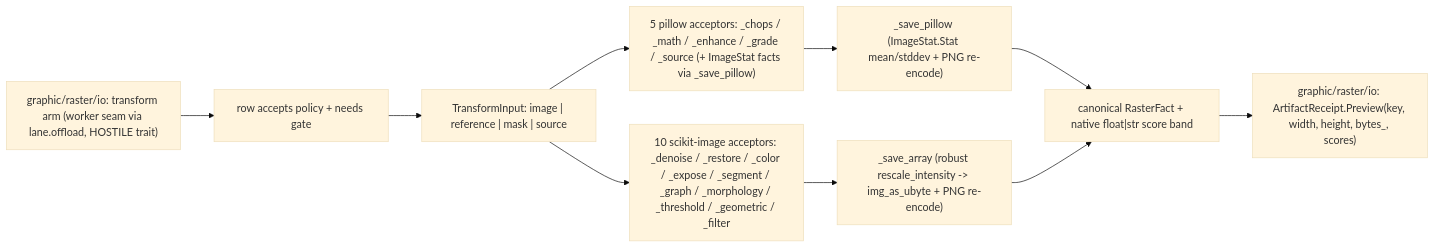
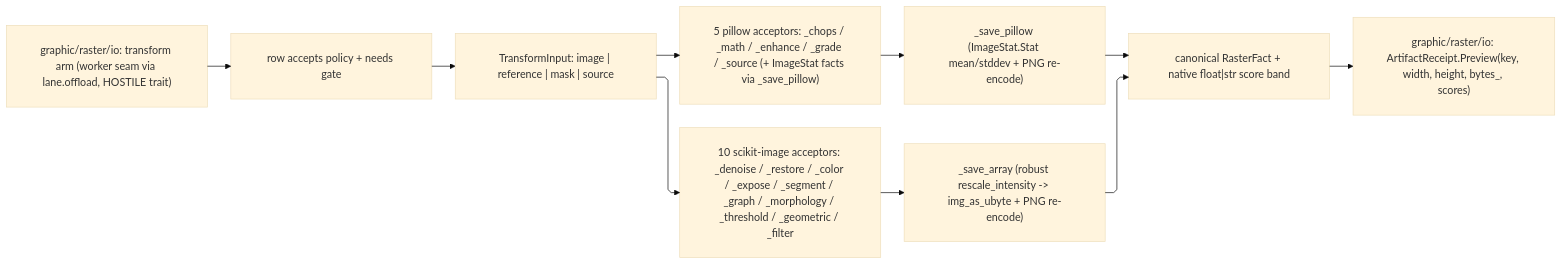
Before and after one commit to bsamiee/Rasm: the diagram in libs/python/artifacts/.planning/graphic/raster/process.md, drawn with Mermaid (base theme). The commit also changed other lines of this file and 27 other files, not shown here.

````diff
--- a/libs/python/artifacts/.planning/graphic/raster/process.md
+++ b/libs/python/artifacts/.planning/graphic/raster/process.md
@@ -1048,12 +1050,21 @@
 ```mermaid
+---
+config:
+  layout: elk
+  flowchart:
+    curve: linear
+    padding: 25
+---
 flowchart LR
+    accTitle: Raster transform flow
+    accDescr: The io transform arm crossing the worker seam, row acceptance under policy and the needs gate, TransformInput dispatch across the pillow and scikit-image acceptors, and the canonical RasterFact egress.
     Tx["graphic/raster/io: transform arm (worker seam via lane.offload, HOSTILE trait)"] --> Table["row accepts policy + needs gate"]
     Table --> Input["TransformInput: image | reference | mask | source"]
     Input --> Pil["5 pillow acceptors: _chops / _math / _enhance / _grade / _source (+ ImageStat facts via _save_pillow)"]
     Input --> Ski["10 scikit-image acceptors: _denoise / _restore / _color / _expose / _segment / _graph / _morphology / _threshold / _geometric / _filter"]
     Pil --> SaveP["_save_pillow (ImageStat.Stat mean/stddev + PNG re-encode)"]
     Ski --> SaveA["_save_array (robust rescale_intensity -> img_as_ubyte + PNG re-encode)"]
     SaveP --> Fact["canonical RasterFact + native float|str score band"]
     SaveA --> Fact
     Fact --> Receipt["graphic/raster/io: ArtifactReceipt.Preview(key, width, height, bytes_, scores)"]
 ```
````
